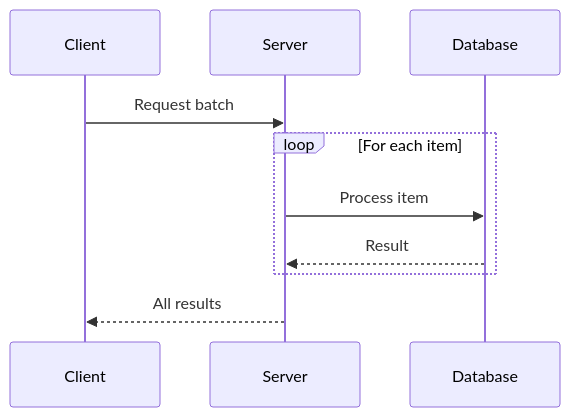
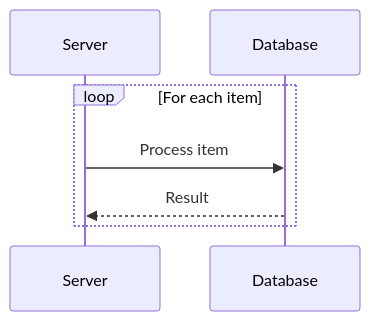
The sixth of 10 diagrams in plugins/general/skills/mermaid-diagrams/references/sequence-diagrams.md (el-feo/ai-context), drawn with Mermaid before and after one commit. The commit also changed other lines of this file and 8 other files, not shown here.

First line of the commit message:
refactor(general): reduce mermaid-diagrams SKILL.md and trim oversized references (#207)

````diff
--- a/plugins/general/skills/mermaid-diagrams/references/sequence-diagrams.md
+++ b/plugins/general/skills/mermaid-diagrams/references/sequence-diagrams.md
@@ -126,11 +74,7 @@
 ```mermaid
 sequenceDiagram
-    Client->>Server: Request batch
-    
     loop For each item
         Server->>Database: Process item
         Database-->>Server: Result
     end
-    
-    Server-->>Client: All results
 ```
````
